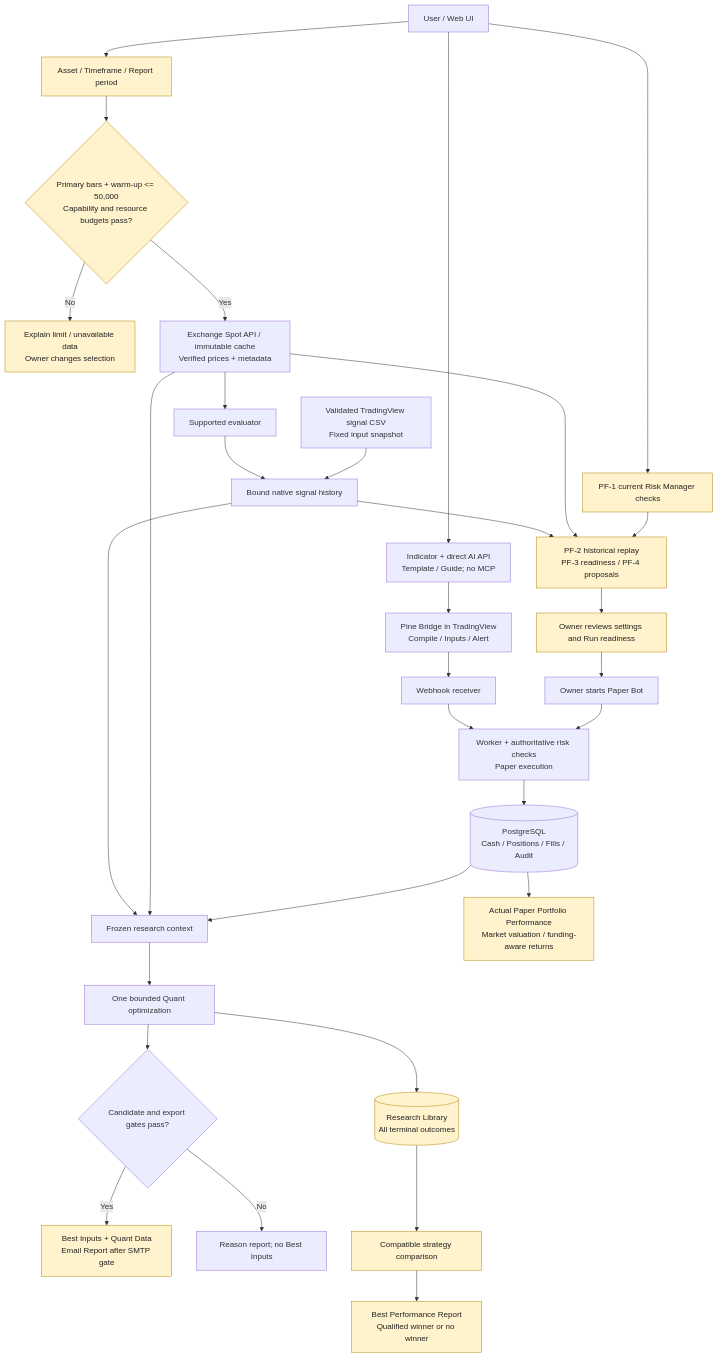
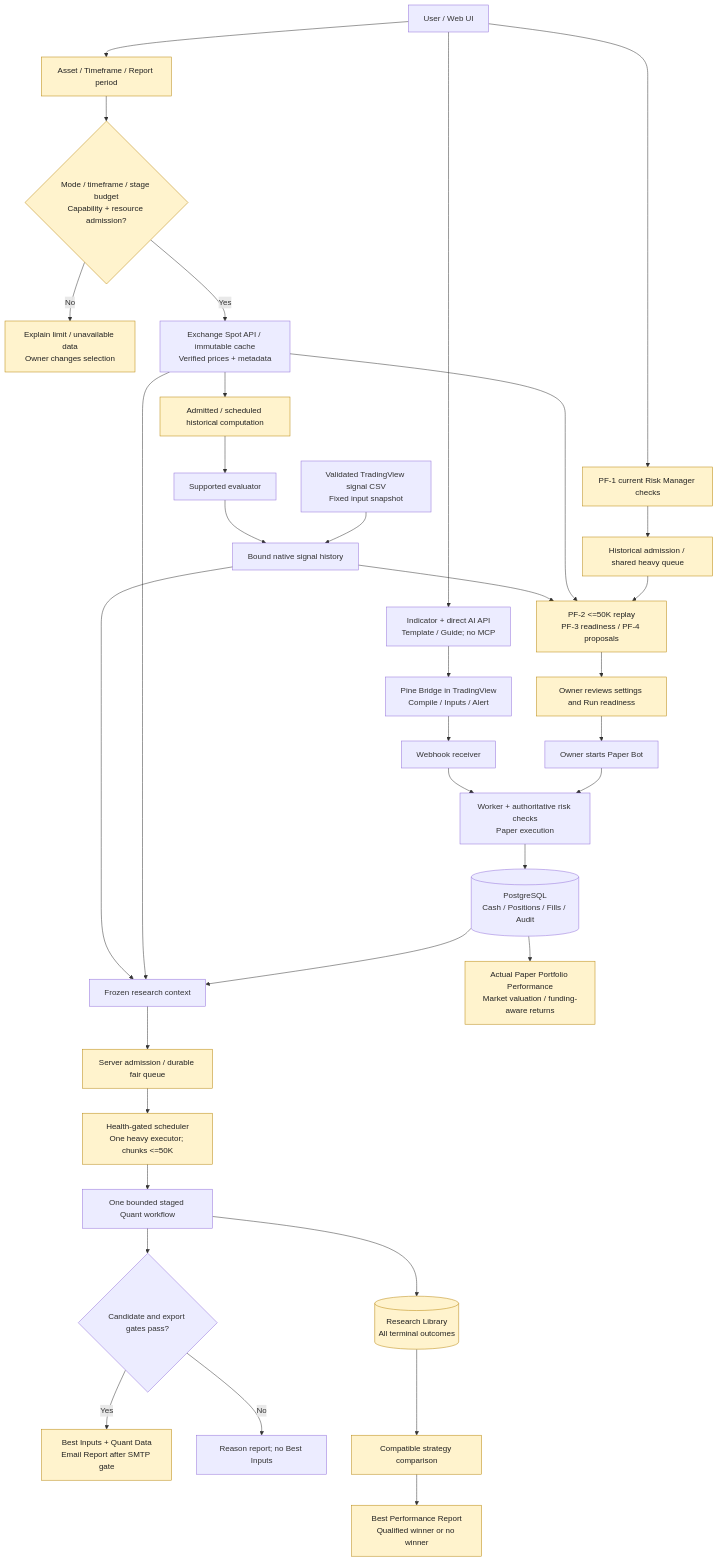
One commit to sanchatmd-dev/trading-bot changed the third of 4 diagrams in docs/ROADMAP.md. Above: the diagram before and after it, drawn with Mermaid. The commit also changed other lines of this file and 11 other files, not shown here.

Commit message:
docs: plan staged quant capacity and production resource protection

````diff
--- a/docs/ROADMAP.md
+++ b/docs/ROADMAP.md
@@ -288,35 +362,39 @@
 ```mermaid
 flowchart TD
     U["User / Web UI"] --> AI["Indicator + direct AI API<br/>Template / Guide; no MCP"]
     AI --> TV["Pine Bridge in TradingView<br/>Compile / Inputs / Alert"]
     U --> RANGE["Asset / Timeframe / Report period"]
-    RANGE --> CAP{"Primary bars + warm-up <= 50,000<br/>Capability and resource budgets pass?"}
+    RANGE --> CAP{"Mode / timeframe / stage budget<br/>Capability + resource admission?"}
     CAP -->|No| BLOCK["Explain limit / unavailable data<br/>Owner changes selection"]
     CAP -->|Yes| DATA["Exchange Spot API / immutable cache<br/>Verified prices + metadata"]
-    DATA --> EVAL["Supported evaluator"]
+    DATA --> EA["Admitted / scheduled historical computation"]
+    EA --> EVAL["Supported evaluator"]
     CSV["Validated TradingView signal CSV<br/>Fixed input snapshot"] --> SIGNALS["Bound native signal history"]
     EVAL --> SIGNALS
     U --> PF1["PF-1 current Risk Manager checks"]
-    PF1 --> PF["PF-2 historical replay<br/>PF-3 readiness / PF-4 proposals"]
+    PF1 --> PQA["Historical admission / shared heavy queue"]
+    PQA --> PF["PF-2 <=50K replay<br/>PF-3 readiness / PF-4 proposals"]
     DATA --> PF
     SIGNALS --> PF
     PF --> OWNER["Owner reviews settings and Run readiness"]
     OWNER --> ENABLE["Owner starts Paper Bot"]
     TV --> RX["Webhook receiver"]
     ENABLE --> WORKER["Worker + authoritative risk checks<br/>Paper execution"]
     RX --> WORKER
     WORKER --> DB[("PostgreSQL<br/>Cash / Positions / Fills / Audit")]
     DB --> SNAP["Frozen research context"]
     DATA --> SNAP
     SIGNALS --> SNAP
-    SNAP --> OPT["One bounded Quant optimization"]
+    SNAP --> QA["Server admission / durable fair queue"]
+    QA --> QS["Health-gated scheduler<br/>One heavy executor; chunks <=50K"]
+    QS --> OPT["One bounded staged Quant workflow"]
     OPT --> LIB[("Research Library<br/>All terminal outcomes")]
     OPT --> VALID{"Candidate and export gates pass?"}
     VALID -->|Yes| PACKAGE["Best Inputs + Quant Data<br/>Email Report after SMTP gate"]
     VALID -->|No| REASON["Reason report; no Best Inputs"]
     DB --> PORT["Actual Paper Portfolio Performance<br/>Market valuation / funding-aware returns"]
     LIB --> COMP["Compatible strategy comparison"]
     COMP --> BEST["Best Performance Report<br/>Qualified winner or no winner"]
     classDef planned fill:#fff3cd,stroke:#b8860b,color:#222;
-    class RANGE,CAP,BLOCK,PF1,PF,OWNER,LIB,PACKAGE,PORT,COMP,BEST planned;
+    class RANGE,CAP,BLOCK,EA,PQA,QA,QS,PF1,PF,OWNER,LIB,PACKAGE,PORT,COMP,BEST planned;
 ```
````
